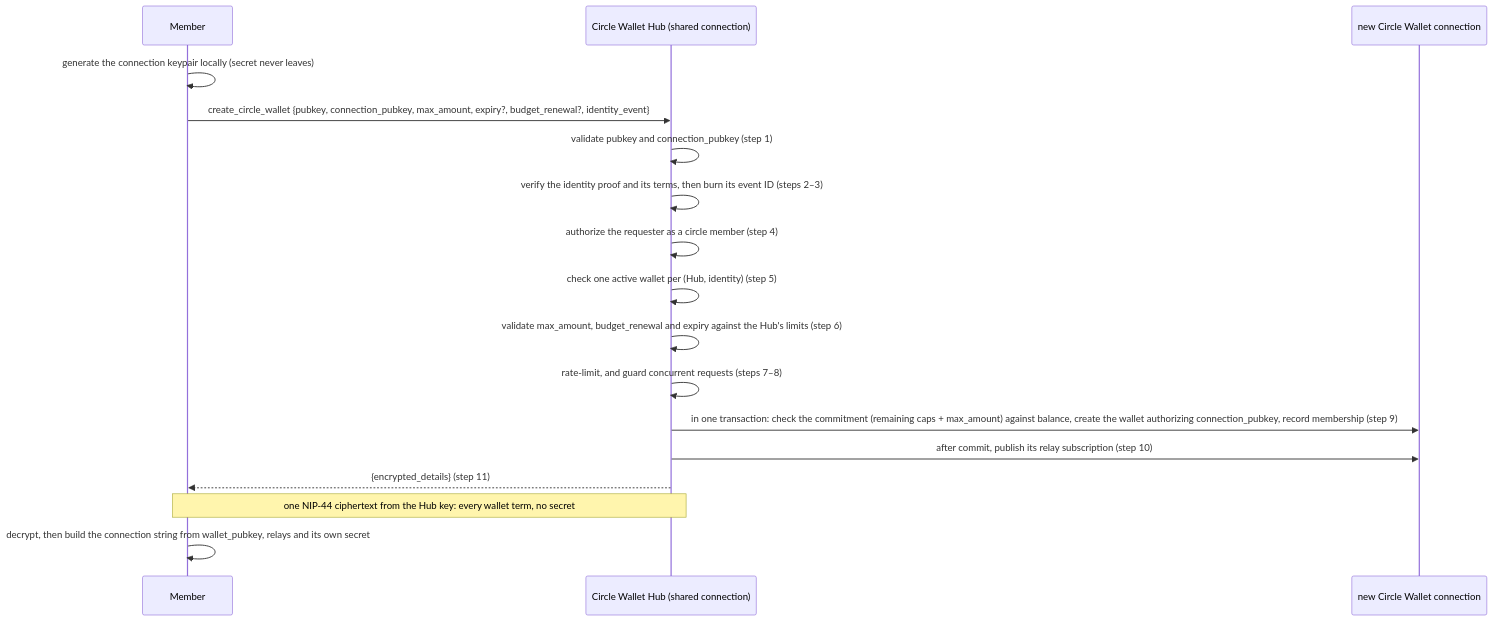
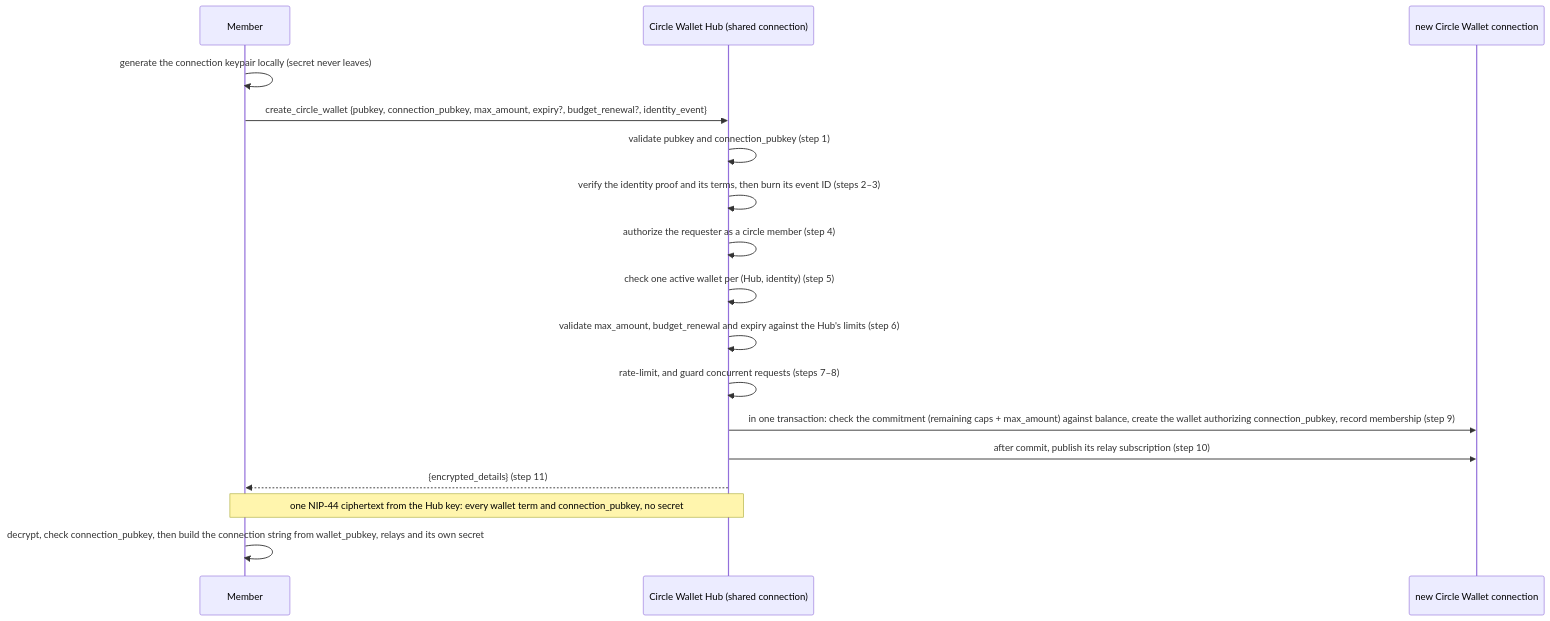
One commit to ohstr/nips changed the first of 2 diagrams in NIP-CW.md. Above: the diagram before and after it, drawn with Mermaid. The commit also changed other lines of this file, not shown here.

Commit message:
docs(nip-cw): bind join replies to the connection key and recover lost ones

````diff
--- a/NIP-CW.md
+++ b/NIP-CW.md
@@ -157,20 +159,20 @@
 ```mermaid
 sequenceDiagram
     participant Member
     participant Hub as Circle Wallet Hub (shared connection)
     participant Wallet as new Circle Wallet connection
 
     Member->>Member: generate the connection keypair locally (secret never leaves)
     Member->>Hub: create_circle_wallet {pubkey, connection_pubkey, max_amount, expiry?, budget_renewal?, identity_event}
     Hub->>Hub: validate pubkey and connection_pubkey (step 1)
     Hub->>Hub: verify the identity proof and its terms, then burn its event ID (steps 2–3)
     Hub->>Hub: authorize the requester as a circle member (step 4)
     Hub->>Hub: check one active wallet per (Hub, identity) (step 5)
     Hub->>Hub: validate max_amount, budget_renewal and expiry against the Hub's limits (step 6)
     Hub->>Hub: rate-limit, and guard concurrent requests (steps 7–8)
     Hub->>Wallet: in one transaction: check the commitment (remaining caps + max_amount) against balance, create the wallet authorizing connection_pubkey, record membership (step 9)
     Hub->>Wallet: after commit, publish its relay subscription (step 10)
     Hub-->>Member: {encrypted_details} (step 11)
-    Note over Hub,Member: one NIP-44 ciphertext from the Hub key: every wallet term, no secret
-    Member->>Member: decrypt, then build the connection string from wallet_pubkey, relays and its own secret
+    Note over Hub,Member: one NIP-44 ciphertext from the Hub key: every wallet term and connection_pubkey, no secret
+    Member->>Member: decrypt, check connection_pubkey, then build the connection string from wallet_pubkey, relays and its own secret
 ```
````
